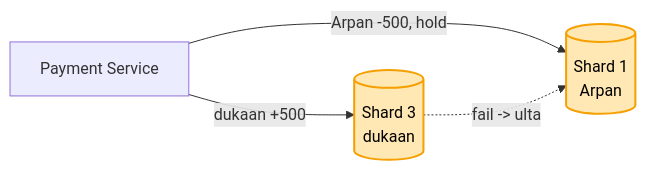
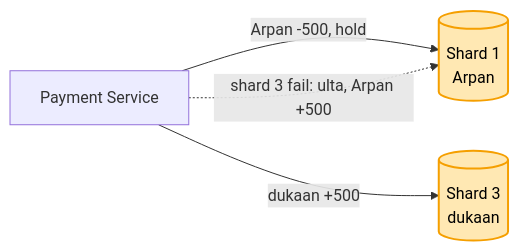
One commit to ArpanMaheshwari144/Prep changed the sixth of 6 diagrams in 04_HLD/SYSTEM_DESIGNS/06_payment_system/06_payment_system.md. Above: the diagram before and after it, drawn with Mermaid. The commit also changed other lines of this file and 9 other files, not shown here.

Commit message:
audit: 01-12 ki seedhi galtiyan (number, naam, diagram teer, chhote shabd, Redis WAIT)

````diff
--- a/04_HLD/SYSTEM_DESIGNS/06_payment_system/06_payment_system.md
+++ b/04_HLD/SYSTEM_DESIGNS/06_payment_system/06_payment_system.md
@@ -272,8 +272,8 @@
 ```mermaid
 flowchart LR
     S["Payment Service"] -- "Arpan -500, hold" --> S1[("Shard 1<br/>Arpan")]
     S -- "dukaan +500" --> S3[("Shard 3<br/>dukaan")]
-    S3 -. "fail -> ulta" .-> S1
+    S -. "shard 3 fail: ulta, Arpan +500" .-> S1
     style S1 fill:#ffe8b3,stroke:#f59f00,stroke-width:2px,color:#000
     style S3 fill:#ffe8b3,stroke:#f59f00,stroke-width:2px,color:#000
 ```
````
